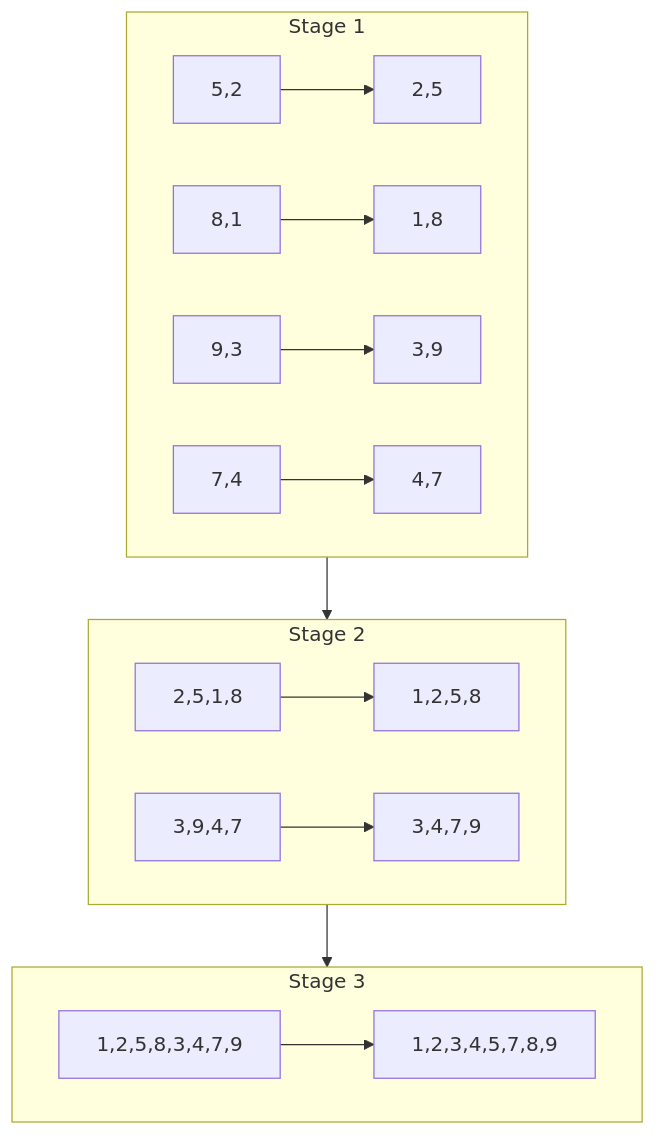
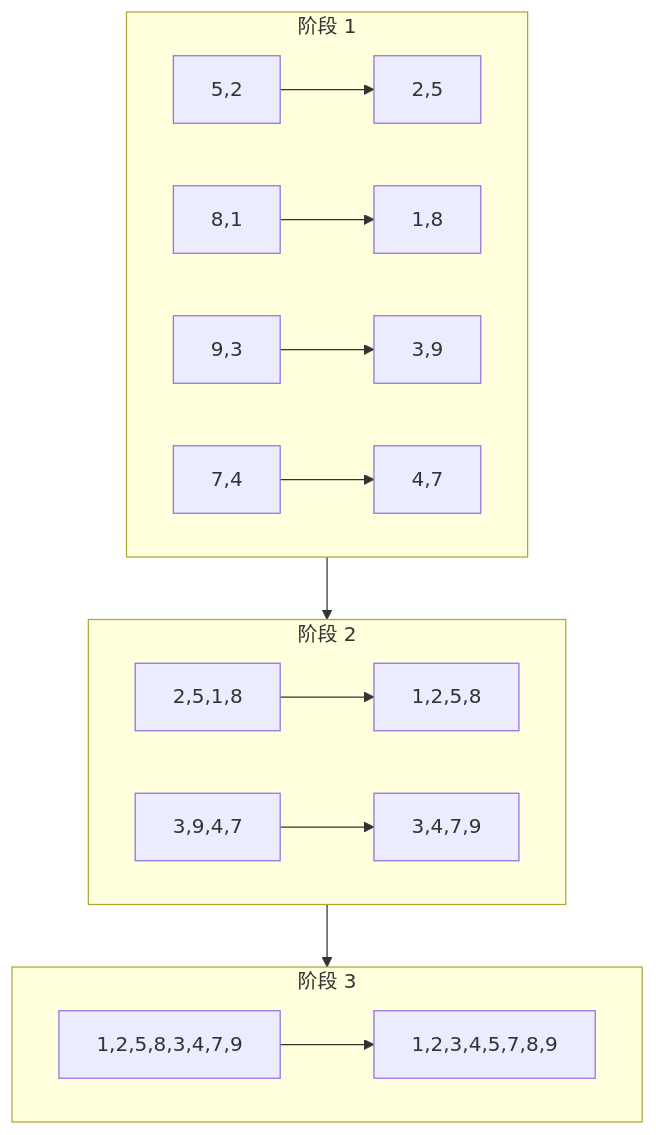
One commit to build-workbench/webgpu-sorting changed the diagram in docs/algorithm-bitonic.md. Above: the diagram before and after it, drawn with Mermaid. The commit also changed other lines of this file and 18 other files, not shown here.

````diff
--- a/docs/algorithm-bitonic.md
+++ b/docs/algorithm-bitonic.md
@@ -27,20 +27,20 @@
 ```mermaid
 graph TB
-    subgraph Stage1["Stage 1"]
+    subgraph Stage1["阶段 1"]
         A1[5,2] --> B1[2,5]
         A2[8,1] --> B2[1,8]
         A3[9,3] --> B3[3,9]
         A4[7,4] --> B4[4,7]
     end
 
-    subgraph Stage2["Stage 2"]
+    subgraph Stage2["阶段 2"]
         C1[2,5,1,8] --> D1[1,2,5,8]
         C2[3,9,4,7] --> D2[3,4,7,9]
     end
 
-    subgraph Stage3["Stage 3"]
+    subgraph Stage3["阶段 3"]
         E1[1,2,5,8,3,4,7,9] --> F1[1,2,3,4,5,7,8,9]
     end
 
     Stage1 --> Stage2 --> Stage3
 ```
````
